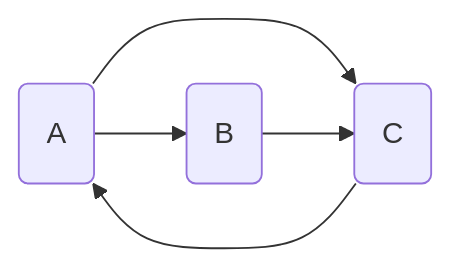
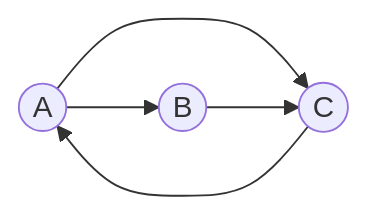
One commit to UFMG-Organizacao-de-Disciplinas/DCC831-TECC_Recuperacao_de_Informacao changed the diagram in Files/Slides/14-quality-models-resumo.md. Above: the diagram before and after it, drawn with Mermaid. The commit also changed other lines of this file, not shown here.

````diff
--- a/Files/Slides/14-quality-models-resumo.md
+++ b/Files/Slides/14-quality-models-resumo.md
@@ -187,11 +185,11 @@
 ```mermaid
 graph LR
 
-  A(A)
-  B(B)
-  C(C)
+  A((A))
+  B((B))
+  C((C))
 
   A --> B & C
   B --> C
   C --> A
 ```
````
